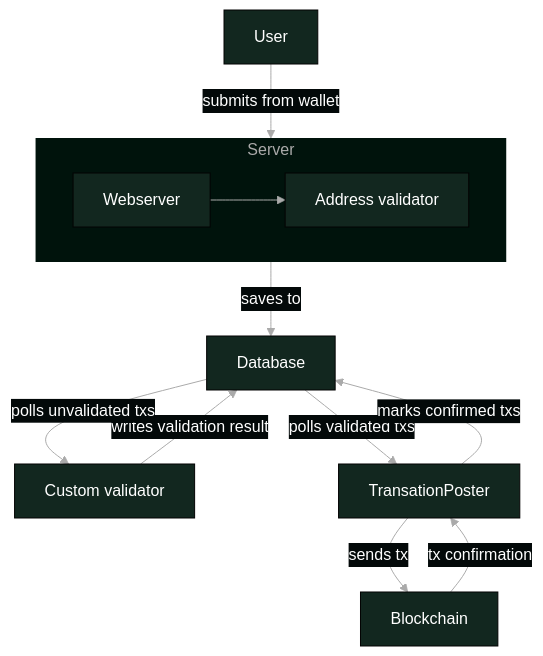
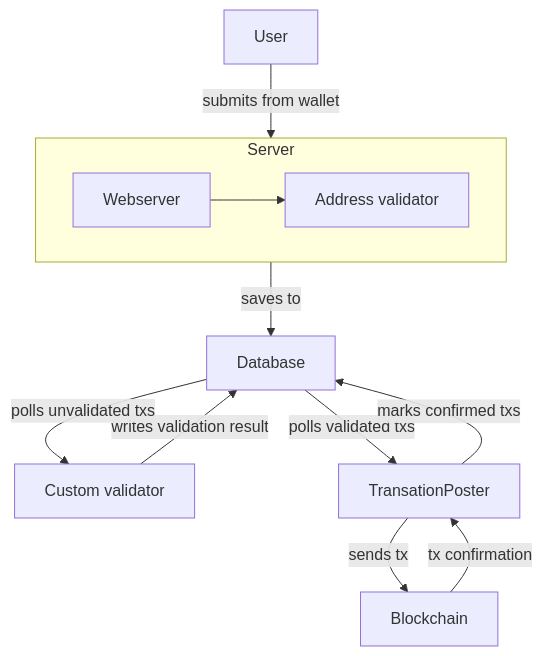
Before and after one commit to PaimaStudios/paima-engine-docs: the diagram in docs/home/200-read-write-L2-state/400-batched-mode.md, drawn with Mermaid. The commit also changed 25 other files, not shown here.

````diff
--- a/docs/home/200-read-write-L2-state/400-batched-mode.md
+++ b/docs/home/200-read-write-L2-state/400-batched-mode.md
@@ -46,37 +46,22 @@
 ```mermaid
-%%{
-  init: {
-    'theme': 'base',
-    'themeVariables': {
-      'primaryColor': '#12271F',
-      'primaryTextColor': '#fff',
-      'lineColor': '#aaa',
-      'secondaryColor': '#030909',
-      'tertiaryColor': '#fff',
-      'clusterBkg': '#00130C',
-      'clusterBorder': '000',
-      'titleColor': '#aaa'
-    }
-  }
-}%%
 graph TD
     C[User] -->|submits from wallet| Server
     subgraph Server
         Webserver
         CryptoValidator[Address validator]
         Webserver --> CryptoValidator
     end
     Server -->|saves to| Database
 
     CustomValidator[Custom validator]
     CustomValidator -->|writes validation result| Database
     Database -->|polls unvalidated txs| CustomValidator
 
     TransationPoster -->|sends tx| Blockchain
     Blockchain -->|tx confirmation| TransationPoster
 
     Database -->|polls validated txs| TransationPoster
     TransationPoster -->|marks confirmed txs| Database
 
     Blockchain
 ```
````
